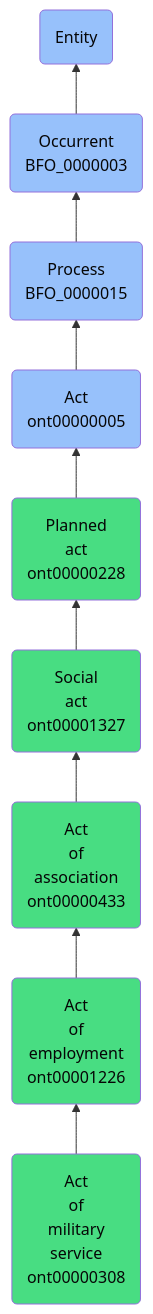
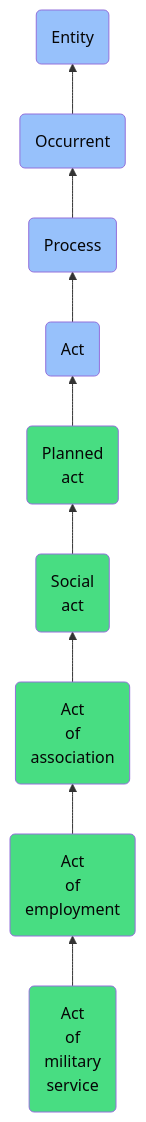
One commit to jupyter-naas/abi changed the diagram in docs/ontology/reference/model/Entity/Occurrent/Process/Act/Planned act/Social act/Act of association/Act of employment/Act of military service/Act of military service.md. Above: the diagram before and after it, drawn with Mermaid. The commit also changed other lines of this file and 1430 other files, not shown here.

````diff
--- a/docs/ontology/reference/model/Entity/Occurrent/Process/Act/Planned act/Social act/Act of association/Act of employment/Act of military service/Act of military service.md
+++ b/docs/ontology/reference/model/Entity/Occurrent/Process/Act/Planned act/Social act/Act of association/Act of employment/Act of military service/Act of military service.md
@@ -24,16 +24,16 @@
 ```mermaid
 graph BT
-    ont00000308(Act<br>of<br>military<br>service<br>ont00000308):::ABI-->ont00001226
-    ont00001226(Act<br>of<br>employment<br>ont00001226):::ABI-->ont00000433
-    ont00000433(Act<br>of<br>association<br>ont00000433):::ABI-->ont00001327
-    ont00001327(Social<br>act<br>ont00001327):::ABI-->ont00000228
-    ont00000228(Planned<br>act<br>ont00000228):::ABI-->ont00000005
-    ont00000005(Act<br>ont00000005):::BFO-->BFO_0000015
-    BFO_0000015(Process<br>BFO_0000015):::BFO-->BFO_0000003
-    BFO_0000003(Occurrent<br>BFO_0000003):::BFO-->BFO_0000001
+    ont00000308(Act<br>of<br>military<br>service):::ABI-->ont00001226
+    ont00001226(Act<br>of<br>employment):::ABI-->ont00000433
+    ont00000433(Act<br>of<br>association):::ABI-->ont00001327
+    ont00001327(Social<br>act):::ABI-->ont00000228
+    ont00000228(Planned<br>act):::ABI-->ont00000005
+    ont00000005(Act):::BFO-->BFO_0000015
+    BFO_0000015(Process):::BFO-->BFO_0000003
+    BFO_0000003(Occurrent):::BFO-->BFO_0000001
     BFO_0000001(Entity):::BFO
     
     classDef BFO fill:#97c1fb,color:#060606
     classDef CCO fill:#e4c51e,color:#060606
     classDef ABI fill:#48DD82,color:#060606
 ```
````
